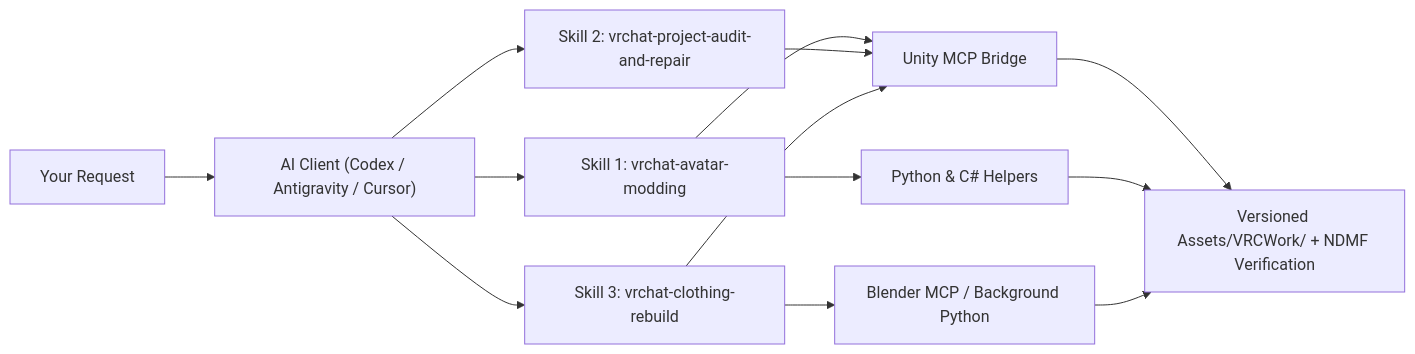
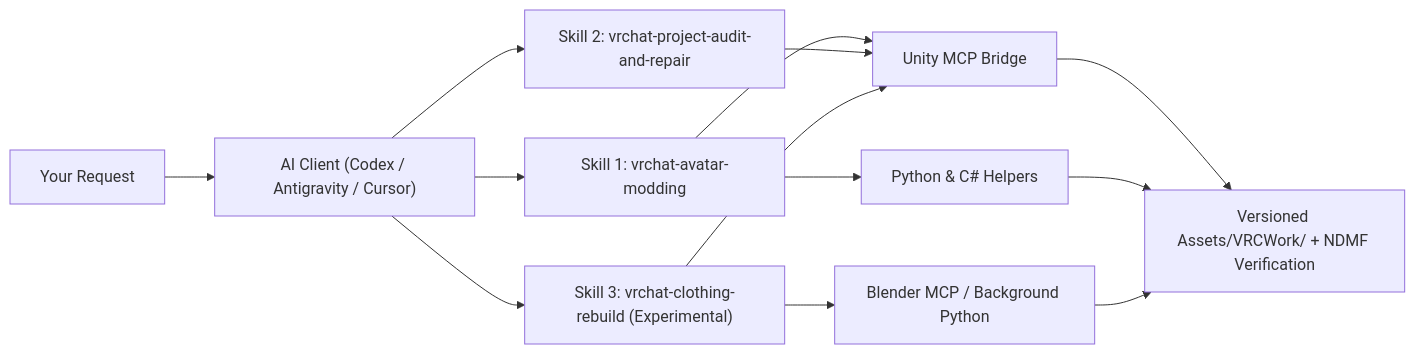
Before and after one commit to asmrawa/vrchat-avatar-modding-skills: the diagram in README.md, drawn with Mermaid. The commit also changed other lines of this file and 6 other files, not shown here.

Commit message:
docs: mark vrchat-clothing-rebuild as experimental and clarify Blender MCP role

````diff
--- a/README.md
+++ b/README.md
@@ -33,17 +33,17 @@
 ```mermaid
 flowchart LR
     User["Your Request"] --> Client["AI Client (Codex / Antigravity / Cursor)"]
     Client --> S1["Skill 1: vrchat-avatar-modding"]
     Client --> S2["Skill 2: vrchat-project-audit-and-repair"]
-    Client --> S3["Skill 3: vrchat-clothing-rebuild"]
+    Client --> S3["Skill 3: vrchat-clothing-rebuild (Experimental)"]
 
     S1 --> UMCP["Unity MCP Bridge"]
     S2 --> UMCP
     S1 --> CLI["Python & C# Helpers"]
     S3 --> BMCP["Blender MCP / Background Python"]
     S3 --> UMCP
 
     UMCP --> Work["Versioned Assets/VRCWork/ + NDMF Verification"]
     CLI --> Work
     BMCP --> Work
 ```
````
